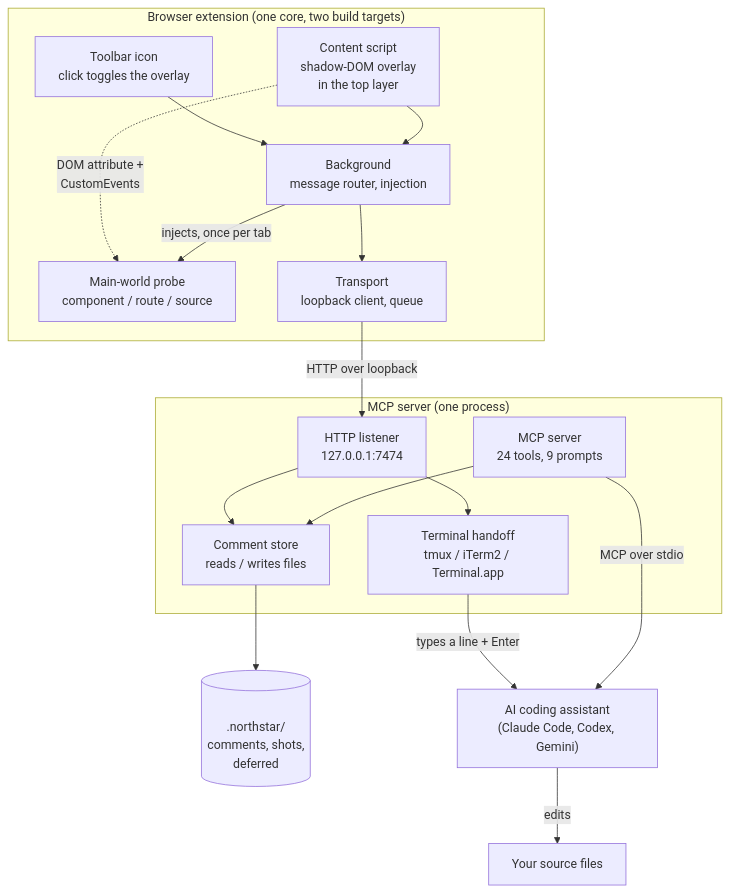
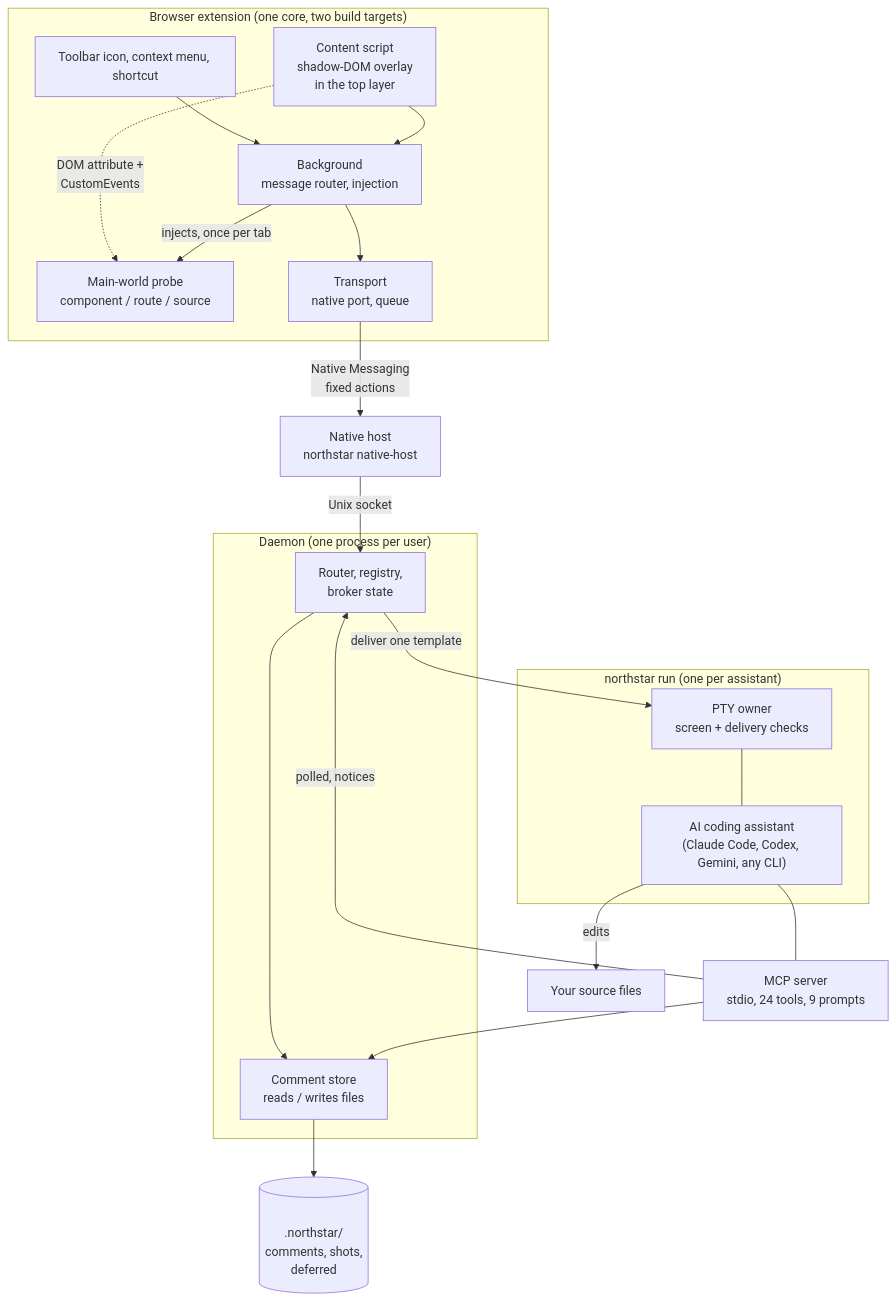
Before and after one commit to pallandir/northstar: the first of 3 diagrams in docs/architecture.md, drawn with Mermaid. The commit also changed other lines of this file and 149 other files, not shown here.

First line of the commit message:
feat(mcp): send to AI through owned PTY sessions over native messaging

````diff
--- a/docs/architecture.md
+++ b/docs/architecture.md
@@ -14,34 +14,41 @@
 ```mermaid
 flowchart TB
     subgraph Browser["Browser extension (one core, two build targets)"]
-      Icon["Toolbar icon<br/>click toggles the overlay"]
+      Icon["Toolbar icon, context menu, shortcut"]
       Worker["Background<br/>message router, injection"]
       Content["Content script<br/>shadow-DOM overlay<br/>in the top layer"]
       Probe["Main-world probe<br/>component / route / source"]
-      Transport["Transport<br/>loopback client, queue"]
+      Transport["Transport<br/>native port, queue"]
       Icon --> Worker
       Content --> Worker
       Content -. "DOM attribute +<br/>CustomEvents" .-> Probe
       Worker -- "injects, once per tab" --> Probe
       Worker --> Transport
     end
 
-    subgraph Server["MCP server (one process)"]
-      Http["HTTP listener<br/>127.0.0.1:7474"]
-      Handoff["Terminal handoff<br/>tmux / iTerm2 / Terminal.app"]
-      Mcp["MCP server<br/>24 tools, 9 prompts"]
+    Host["Native host<br/>northstar native-host"]
+
+    subgraph Daemon["Daemon (one process per user)"]
+      Core["Router, registry,<br/>broker state"]
       Store["Comment store<br/>reads / writes files"]
-      Http --> Store
-      Http --> Handoff
-      Mcp --> Store
+      Core --> Store
     end
 
+    subgraph Session["northstar run (one per assistant)"]
+      Wrapper["PTY owner<br/>screen + delivery checks"]
+      Assistant["AI coding assistant<br/>(Claude Code, Codex, Gemini, any CLI)"]
+      Wrapper --- Assistant
+    end
+
+    Mcp["MCP server<br/>stdio, 24 tools, 9 prompts"]
     Disk[("<br/>.northstar/<br/>comments, shots,<br/>deferred<br/>")]
-    Assistant["AI coding assistant<br/>(Claude Code, Codex, Gemini)"]
 
-    Transport -- "HTTP over loopback" --> Http
+    Transport -- "Native Messaging<br/>fixed actions" --> Host
+    Host -- "Unix socket" --> Core
+    Core -- "deliver one template" --> Wrapper
+    Assistant --- Mcp
+    Mcp --> Store
+    Mcp -- "polled, notices" --> Core
     Store --> Disk
-    Handoff -- "types a line + Enter" --> Assistant
-    Mcp -- "MCP over stdio" --> Assistant
     Assistant -- "edits" --> Repo["Your source files"]
 ```
````
